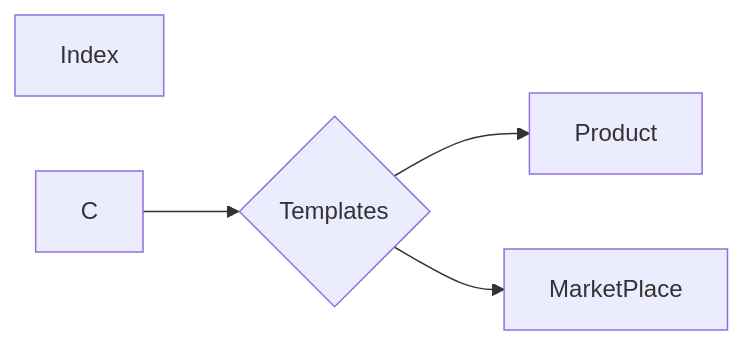
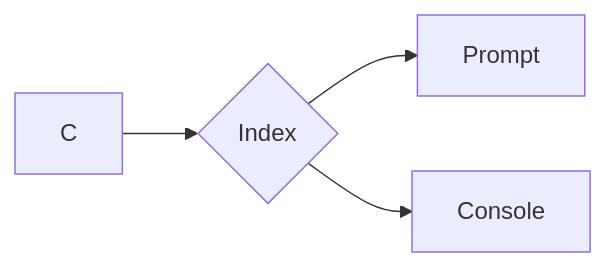
One commit to SauloCandeira/temperature-calculator changed the diagram in readme.md. Above: the diagram before and after it, drawn with Mermaid.

````diff
--- a/readme.md
+++ b/readme.md
@@ -7,9 +7,8 @@
 ```mermaid
 flowchart LR
-B[Index]
 
-C --> D{Templates}
-D --> E[Product]
-D --> F[MarketPlace]
+C --> D{Index}
+D --> E[Prompt]
+D --> F[Console]
 
 ```
````
